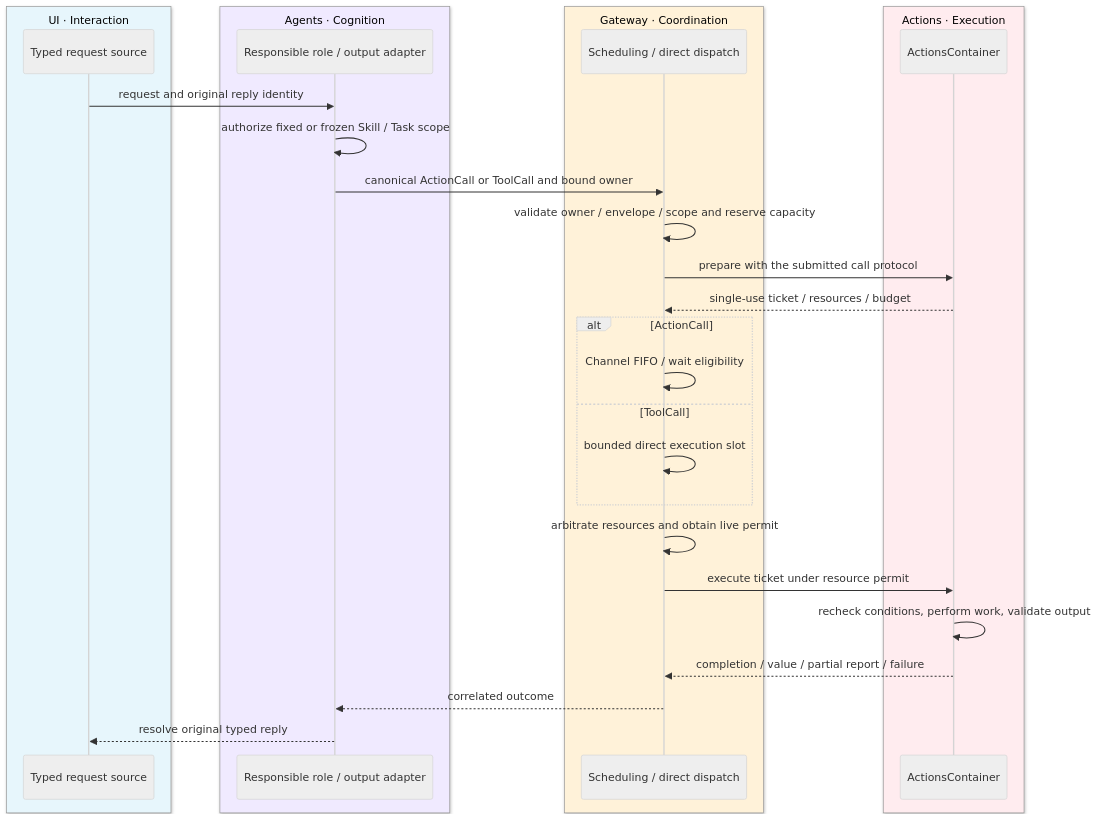
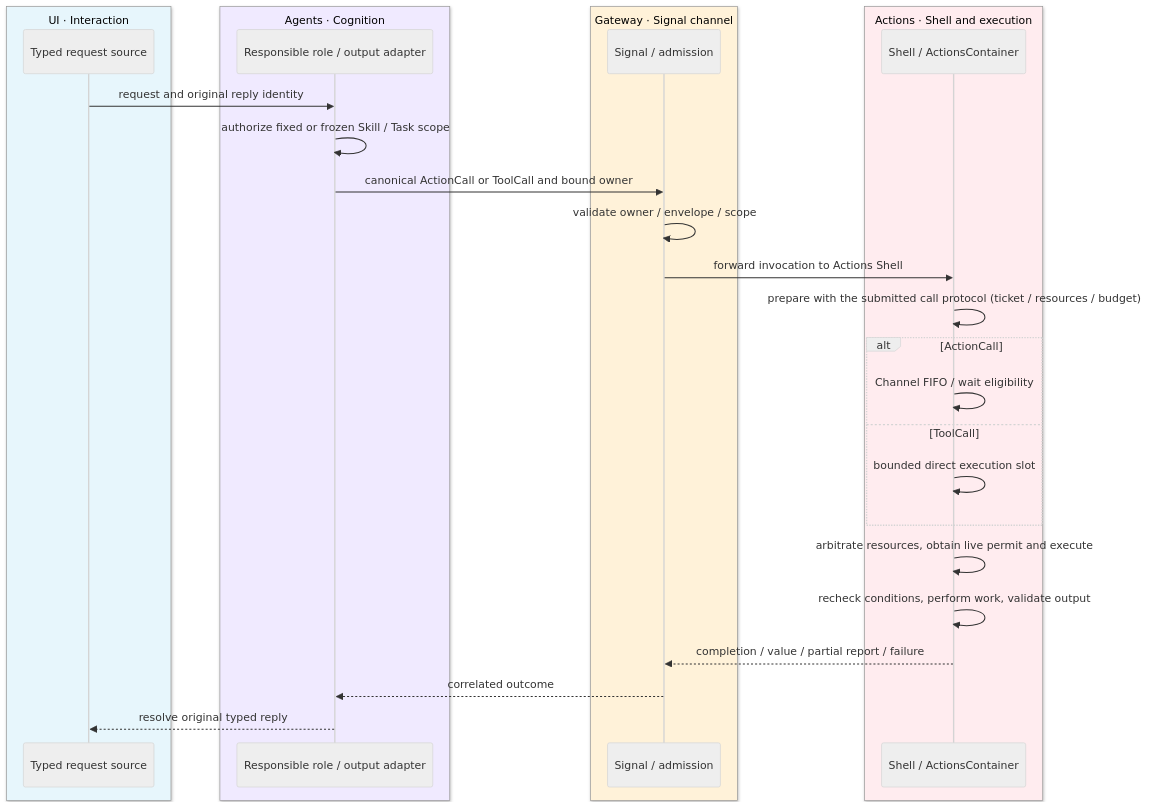
Before and after one commit to devilyouwei/MobileHarness: the seventh of 27 diagrams in MobileHarness/README.md, drawn with Mermaid (neutral theme). The commit also changed other lines of this file and 4 other files, not shown here.

First line of the commit message:
docs: align READMEs and diagrams with Gateway/Actions separation

````diff
--- a/MobileHarness/README.md
+++ b/MobileHarness/README.md
@@ -491,32 +491,31 @@
 ```mermaid
 sequenceDiagram
     box rgb(231,246,252) UI · Interaction
         participant UI as Typed request source
     end
     box rgb(240,234,255) Agents · Cognition
         participant A as Responsible role / output adapter
     end
-    box rgb(255,242,217) Gateway · Coordination
-        participant G as Scheduling / direct dispatch
+    box rgb(255,242,217) Gateway · Signal channel
+        participant G as Signal / admission
     end
-    box rgb(255,236,239) Actions · Execution
-        participant X as ActionsContainer
+    box rgb(255,236,239) Actions · Shell and execution
+        participant X as Shell / ActionsContainer
     end
     UI->>A: request and original reply identity
     A->>A: authorize fixed or frozen Skill / Task scope
     A->>G: canonical ActionCall or ToolCall and bound owner
-    G->>G: validate owner / envelope / scope and reserve capacity
-    G->>X: prepare with the submitted call protocol
-    X-->>G: single-use ticket / resources / budget
+    G->>G: validate owner / envelope / scope
+    G->>X: forward invocation to Actions Shell
+    X->>X: prepare with the submitted call protocol (ticket / resources / budget)
     alt ActionCall
-        G->>G: Channel FIFO / wait eligibility
+        X->>X: Channel FIFO / wait eligibility
     else ToolCall
-        G->>G: bounded direct execution slot
+        X->>X: bounded direct execution slot
     end
-    G->>G: arbitrate resources and obtain live permit
-    G->>X: execute ticket under resource permit
+    X->>X: arbitrate resources, obtain live permit and execute
     X->>X: recheck conditions, perform work, validate output
     X-->>G: completion / value / partial report / failure
     G-->>A: correlated outcome
     A-->>UI: resolve original typed reply
 ```
````
